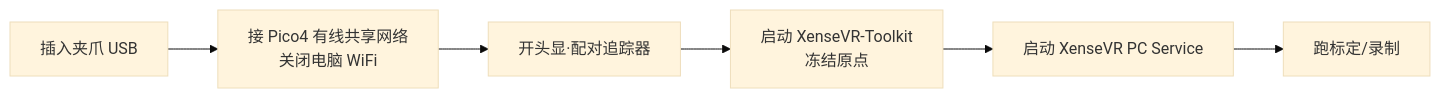
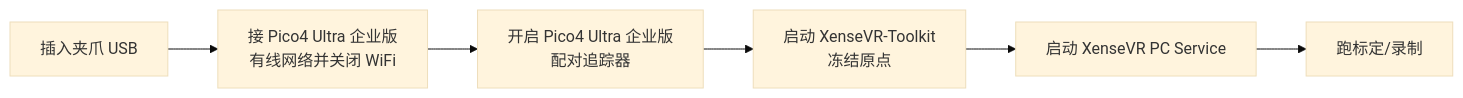
One commit to Vertax42/taccap-gripper-docs changed the diagram in docs/03-host-hardware.md. Above: the diagram before and after it, drawn with Mermaid (base theme). The commit also changed other lines of this file and 7 other files, not shown here.

Commit message:
docs: standardize Pico4 Ultra Enterprise wording

````diff
--- a/docs/03-host-hardware.md
+++ b/docs/03-host-hardware.md
@@ -215,8 +215,8 @@
 ```mermaid
 flowchart LR
-    A[插入夹爪 USB] --> N[接 Pico4 有线共享网络<br/>关闭电脑 WiFi]
-    N --> B[开头显·配对追踪器]
+    A[插入夹爪 USB] --> N[接 Pico4 Ultra 企业版<br/>有线网络并关闭 WiFi]
+    N --> B[开启 Pico4 Ultra 企业版<br/>配对追踪器]
     B --> C[启动 XenseVR-Toolkit<br/>冻结原点]
     C --> D[启动 XenseVR PC Service]
     D --> E[跑标定/录制]
 ```
````
